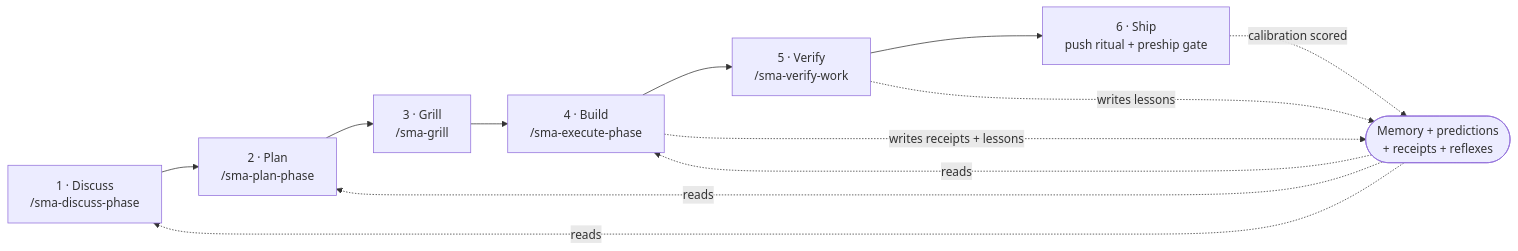
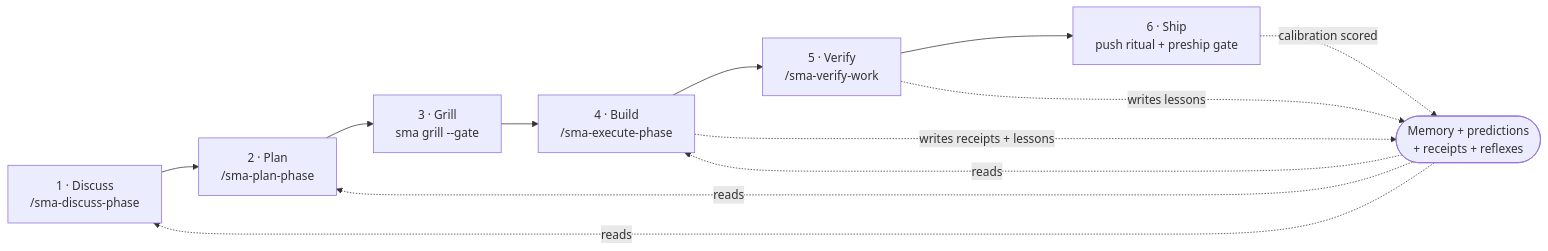
Before and after one commit to sma-framework/sma: diagram 21 of 24 in docs/DETAILS.md, drawn with Mermaid. The commit also changed other lines of this file and 1 other file, not shown here.

````diff
--- a/docs/DETAILS.md
+++ b/docs/DETAILS.md
@@ -688,14 +688,14 @@
 ```mermaid
 flowchart LR
     D["1 · Discuss<br>/sma-discuss-phase"] --> P["2 · Plan<br>/sma-plan-phase"]
-    P --> G["3 · Grill<br>/sma-grill"]
+    P --> G["3 · Grill<br>sma grill --gate"]
     G --> B["4 · Build<br>/sma-execute-phase"]
     B --> V["5 · Verify<br>/sma-verify-work"]
     V --> S["6 · Ship<br>push ritual + preship gate"]
     M(["Memory + predictions<br>+ receipts + reflexes"]) -.->|reads| D
     M -.->|reads| P
     M -.->|reads| B
     B -.->|writes receipts + lessons| M
     V -.->|writes lessons| M
     S -.->|calibration scored| M
 ```
````
